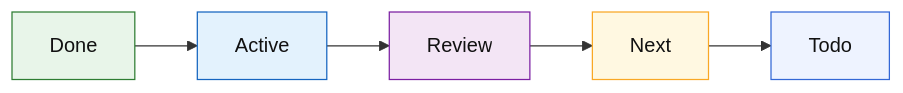
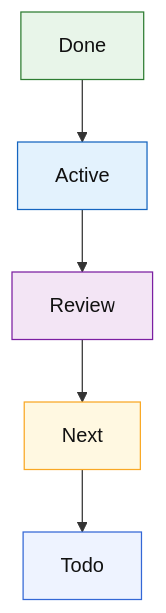
Before and after one commit to mihaelamj/MarkdownPDF: the first of 4 diagrams in README.md, drawn with Mermaid. The commit also changed other lines of this file, not shown here.

First line of the commit message:
docs(readme): retire finished-epic diagrams, add open-epic roadmaps

````diff
--- a/README.md
+++ b/README.md
@@ -235,16 +235,16 @@
 ```mermaid
-flowchart LR
+flowchart TD
     L0["Done"]:::done
     L1["Active"]:::active
     L2["Review"]:::review
     L3["Next"]:::next
     L4["Todo"]:::todo
 
     L0 --> L1 --> L2 --> L3 --> L4
 
     classDef done fill:#e8f5e9,stroke:#2e7d32,color:#111;
     classDef active fill:#e3f2fd,stroke:#1565c0,color:#111;
     classDef review fill:#f3e5f5,stroke:#7b1fa2,color:#111;
     classDef next fill:#fff8e1,stroke:#f9a825,color:#111;
     classDef todo fill:#eef3ff,stroke:#3367d6,color:#111;
 ```
````
